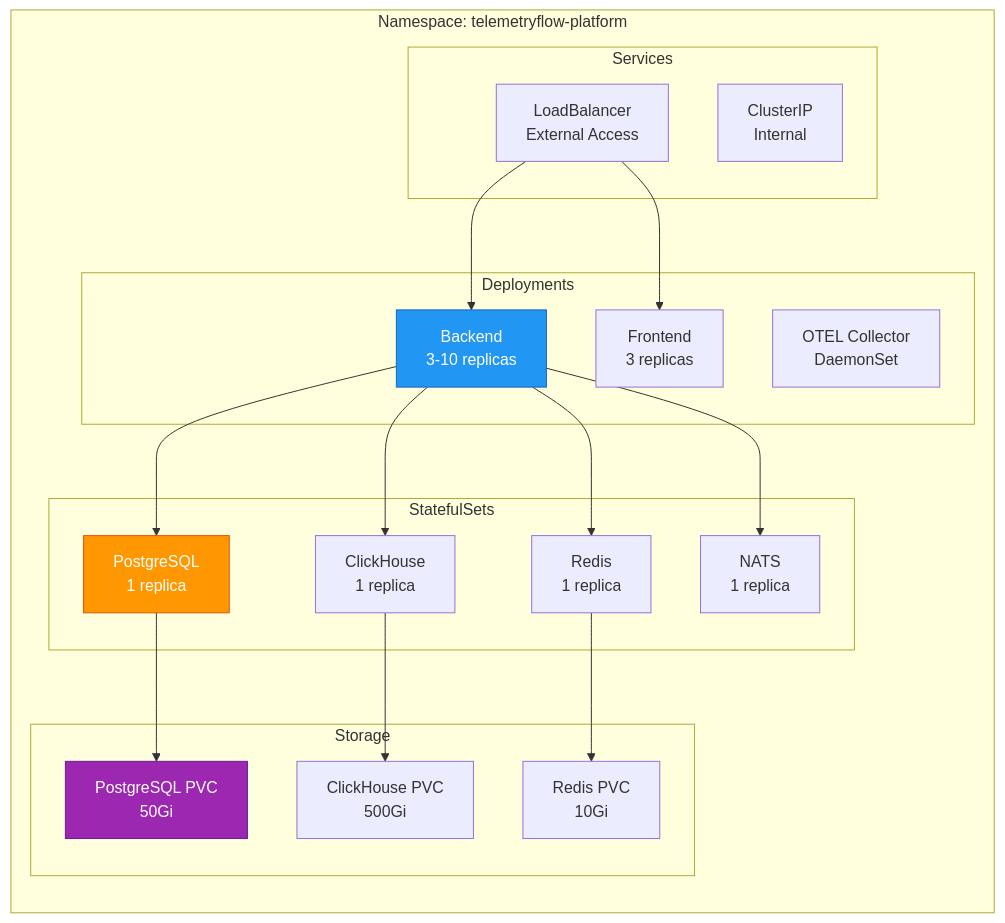
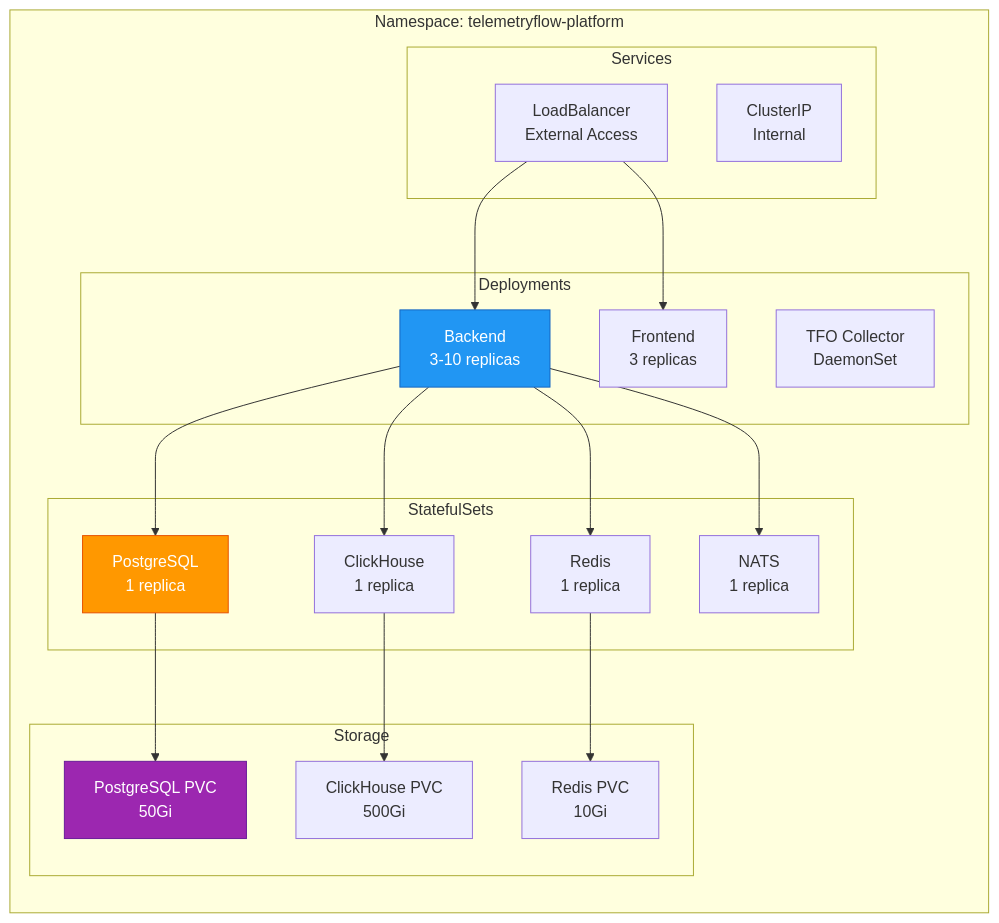
Before and after one commit to telemetryflow/telemetryflow-overview: the second of 2 diagrams in deployment/KUBERNETES.md, drawn with Mermaid. The commit also changed other lines of this file and 68 other files, not shown here.

````diff
--- a/deployment/KUBERNETES.md
+++ b/deployment/KUBERNETES.md
@@ -127,42 +127,42 @@
 ```mermaid
 graph LR
     subgraph "Namespace: telemetryflow-platform"
         subgraph "Deployments"
             D1[Backend<br/>3-10 replicas]
             D2[Frontend<br/>3 replicas]
-            D3[OTEL Collector<br/>DaemonSet]
+            D3[TFO Collector<br/>DaemonSet]
         end
 
         subgraph "StatefulSets"
             S1[PostgreSQL<br/>1 replica]
             S2[ClickHouse<br/>1 replica]
             S3[Redis<br/>1 replica]
             S4[NATS<br/>1 replica]
         end
 
         subgraph "Services"
             SVC1[LoadBalancer<br/>External Access]
             SVC2[ClusterIP<br/>Internal]
         end
 
         subgraph "Storage"
             PVC1[PostgreSQL PVC<br/>50Gi]
             PVC2[ClickHouse PVC<br/>500Gi]
             PVC3[Redis PVC<br/>10Gi]
         end
     end
 
     D1 --> S1
     D1 --> S2
     D1 --> S3
     D1 --> S4
     S1 --> PVC1
     S2 --> PVC2
     S3 --> PVC3
     SVC1 --> D1
     SVC1 --> D2
 
     style D1 fill:#2196F3,stroke:#1565C0,color:#fff
     style S1 fill:#FF9800,stroke:#E65100,color:#fff
     style PVC1 fill:#9C27B0,stroke:#6A1B9A,color:#fff
 ```
````
